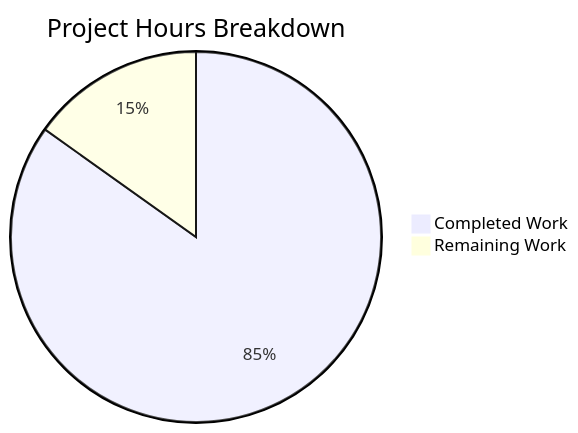
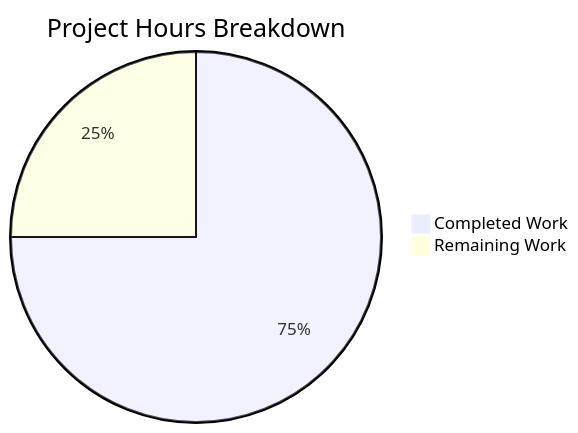
One commit to blitzy-public-samples/blitzy-WebVella-ERP changed the diagram in blitzy/documentation/Project Guide.md. Above: the diagram before and after it, drawn with Mermaid. The commit also changed other lines of this file, not shown here.

Commit message:
Adding Blitzy Project Guide: Project Status and Human Tasks Remaining

````diff
--- a/blitzy/documentation/Project Guide.md
+++ b/blitzy/documentation/Project Guide.md
@@ -28,5 +35,5 @@
 ```mermaid
 pie title Project Hours Breakdown
-    "Completed Work" : 252
-    "Remaining Work" : 45
+    "Completed Work" : 180
+    "Remaining Work" : 60
 ```
````
